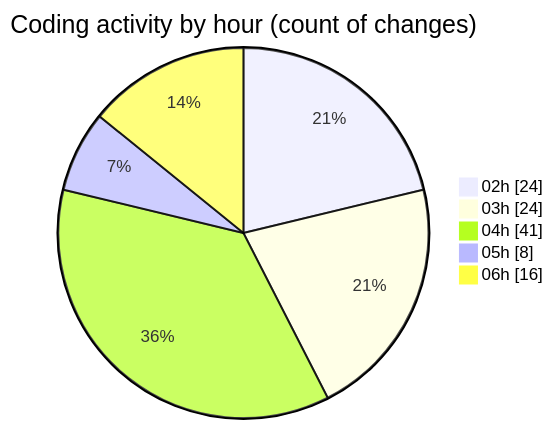
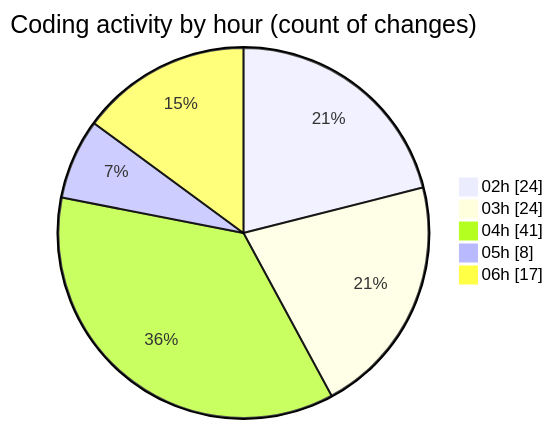
The second of 2 diagrams in 2025-07-23/quanlyrapchieuphim/README.md (lephambinh05/code-tracking), drawn with Mermaid before and after one commit. The commit also changed other lines of this file and 1 other file, not shown here.

````diff
--- a/2025-07-23/quanlyrapchieuphim/README.md
+++ b/2025-07-23/quanlyrapchieuphim/README.md
@@ -40,9 +40,9 @@
 ```mermaid
 pie showData
 title Coding activity by hour (count of changes)
 "02h" : 24
 "03h" : 24
 "04h" : 41
 "05h" : 8
-"06h" : 16
+"06h" : 17
 ```
````
